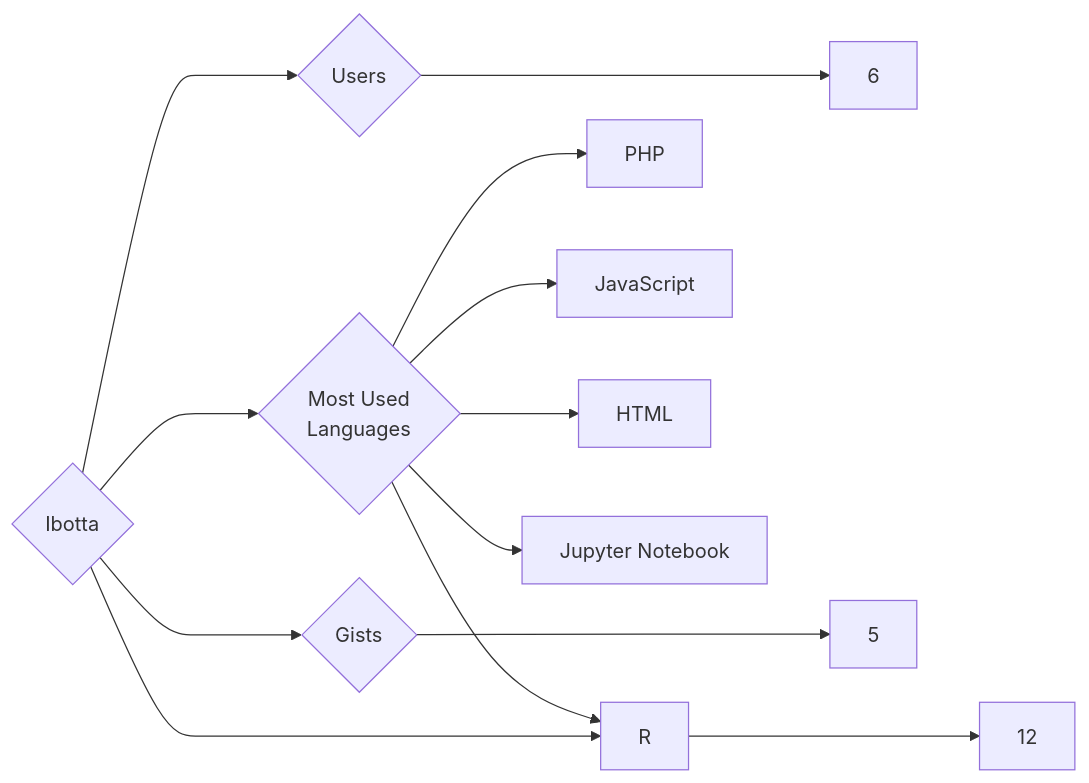
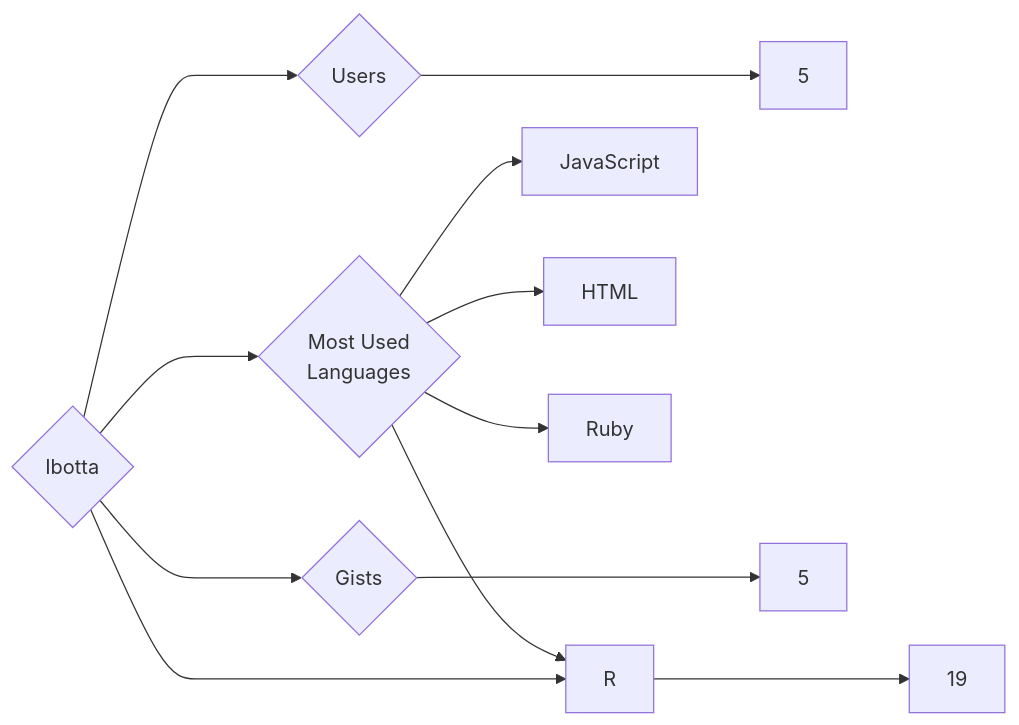
Before and after one commit to trickest/insiders: the diagram in targets/Ibotta/README.md, drawn with Mermaid. The commit also changed 865 other files, not shown here.

````diff
--- a/targets/Ibotta/README.md
+++ b/targets/Ibotta/README.md
@@ -3,13 +3,12 @@
 ```mermaid
 graph LR
 COMPANY_NAME{Ibotta}
-COMPANY_NAME ---> U{Users} ---> UN[6]
-COMPANY_NAME ---> R{Repositories} ---> RN[12]
+COMPANY_NAME ---> U{Users} ---> UN[5]
+COMPANY_NAME ---> R{Repositories} ---> RN[19]
 COMPANY_NAME ---> G{Gists} ---> GN[5]
 COMPANY_NAME ---> ML{Most Used<br>Languages}
-ML --> PHP[PHP]
 ML --> JavaScript[JavaScript]
 ML --> HTML[HTML]
+ML --> Ruby[Ruby]
 ML --> R[R]
-ML --> Jupyter_Notebook[Jupyter Notebook]
 ```
````
